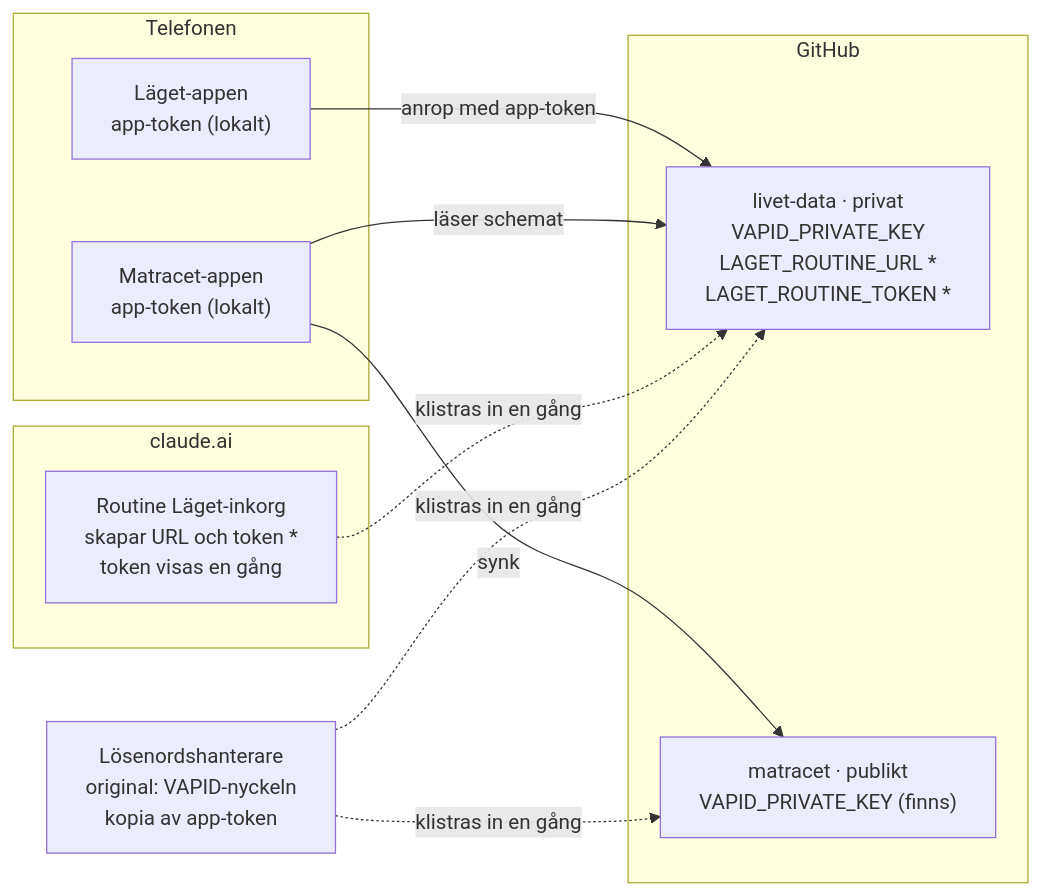
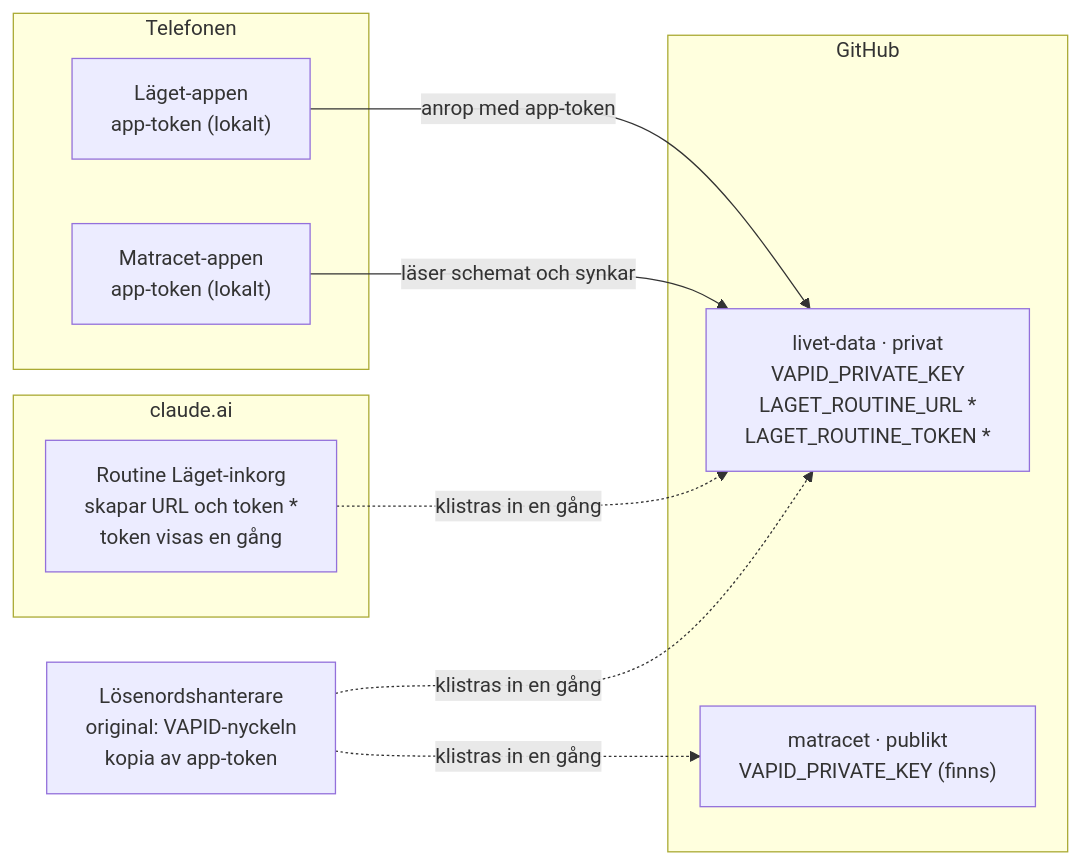
Before and after one commit to daniel-oster/matracet: the diagram in docs/laget-spec-2026-10.md, drawn with Mermaid. The commit also changed other lines of this file and 1 other file, not shown here.

First line of the commit message:
docs: Läget-specen – synken och Matracets privata filer flyttar till livet-data

````diff
--- a/docs/laget-spec-2026-10.md
+++ b/docs/laget-spec-2026-10.md
@@ -273,21 +301,20 @@
 ```mermaid
 flowchart LR
   subgraph TEL["Telefonen"]
     L["Läget-appen<br/>app-token (lokalt)"]
     M["Matracet-appen<br/>app-token (lokalt)"]
   end
   subgraph GH["GitHub"]
     LD["livet-data · privat<br/>VAPID_PRIVATE_KEY<br/>LAGET_ROUTINE_URL *<br/>LAGET_ROUTINE_TOKEN *"]
     MR["matracet · publikt<br/>VAPID_PRIVATE_KEY (finns)"]
   end
   subgraph CA["claude.ai"]
     R["Routine Läget-inkorg<br/>skapar URL och token *<br/>token visas en gång"]
   end
   P["Lösenordshanterare<br/>original: VAPID-nyckeln<br/>kopia av app-token"]
   L -- anrop med app-token --> LD
-  M -- läser schemat --> LD
-  M -- synk --> MR
+  M -- läser schemat och synkar --> LD
   R -. klistras in en gång .-> LD
   P -. klistras in en gång .-> LD
   P -. klistras in en gång .-> MR
 ```
````
